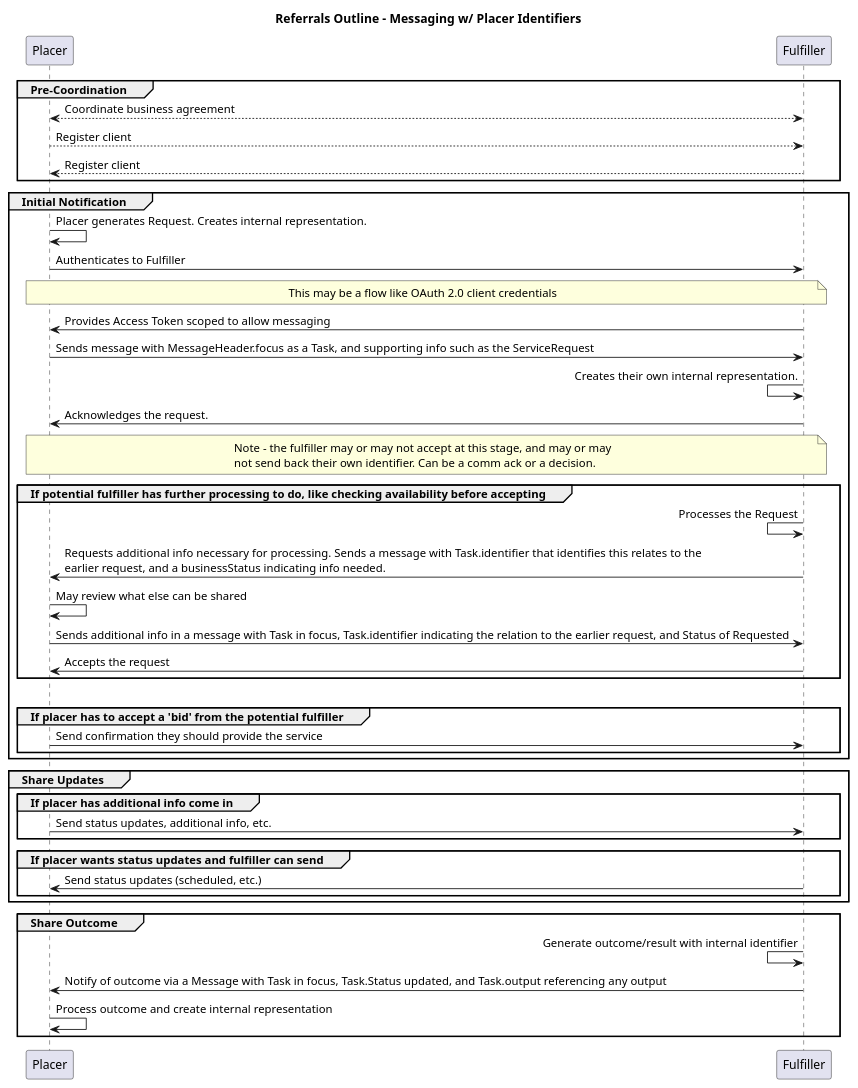
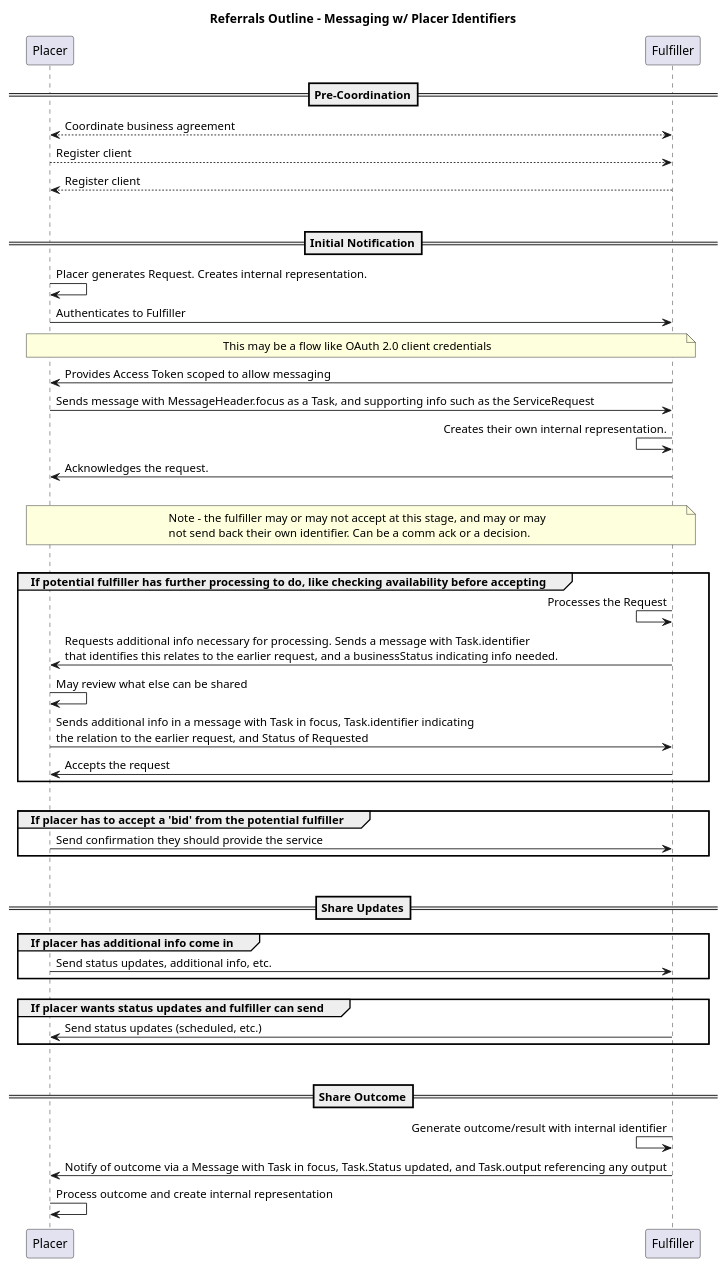
Before and after one commit to HL7/fhir-cow-ig: the diagram in input/images-source/pure-messaging-with-placer-identifiers.plantuml, drawn with PlantUML.

Commit message:
Update pure-messaging-with-placer-identifiers.plantuml
Reverting to section dividers

```diff
--- a/input/images-source/pure-messaging-with-placer-identifiers.plantuml
+++ b/input/images-source/pure-messaging-with-placer-identifiers.plantuml
@@ -1,56 +1,55 @@
 @startuml
 title Referrals Outline - Messaging w/ Placer Identifiers
 
-group Pre-Coordination
 
+==Pre-Coordination==
 Placer <--> Fulfiller: Coordinate business agreement
 
 Placer --> Fulfiller: Register client
 
 Fulfiller --> Placer: Register client
-end
 
-group Initial Notification
 
+||30||
+==Initial Notification==
 Placer -> Placer: Placer generates Request. Creates internal representation.
 Placer -> Fulfiller: Authenticates to Fulfiller
 note over Placer, Fulfiller: This may be a flow like OAuth 2.0 client credentials
 Fulfiller -> Placer: Provides Access Token scoped to allow messaging
 Placer -> Fulfiller: Sends message with MessageHeader.focus as a Task, and supporting info such as the ServiceRequest
 
 Fulfiller <- Fulfiller: Creates their own internal representation.
 Fulfiller -> Placer: Acknowledges the request.
-
+||20||
 note over Placer, Fulfiller: Note - the fulfiller may or may not accept at this stage, and may or may\nnot send back their own identifier. Can be a comm ack or a decision.
-
+||20||
 group If potential fulfiller has further processing to do, like checking availability before accepting
     Fulfiller <- Fulfiller: Processes the Request
-    Fulfiller -> Placer: Requests additional info necessary for processing. Sends a message with Task.identifier that identifies this relates to the\nearlier request, and a businessStatus indicating info needed.
+    Fulfiller -> Placer: Requests additional info necessary for processing. Sends a message with Task.identifier\nthat identifies this relates to the earlier request, and a businessStatus indicating info needed.
     Placer -> Placer: May review what else can be shared
-    Placer -> Fulfiller: Sends additional info in a message with Task in focus, Task.identifier indicating the relation to the earlier request, and Status of Requested
+    Placer -> Fulfiller: Sends additional info in a message with Task in focus, Task.identifier indicating\nthe relation to the earlier request, and Status of Requested
     Fulfiller -> Placer: Accepts the request
 end
 ||20||
 group If placer has to accept a 'bid' from the potential fulfiller
     Placer -> Fulfiller: Send confirmation they should provide the service
 end
 
-end
+||30||
 
-group Share Updates
-
+==Share Updates==
 group If placer has additional info come in
     Placer -> Fulfiller: Send status updates, additional info, etc.
 end
-
+||10||
 group If placer wants status updates and fulfiller can send
     Fulfiller -> Placer: Send status updates (scheduled, etc.)
 end
-end
-group Share Outcome
+||30||
 
+==Share Outcome==
 Fulfiller <- Fulfiller: Generate outcome/result with internal identifier
 Fulfiller -> Placer: Notify of outcome via a Message with Task in focus, Task.Status updated, and Task.output referencing any output
 Placer -> Placer: Process outcome and create internal representation
-end
+
 @enduml
```
